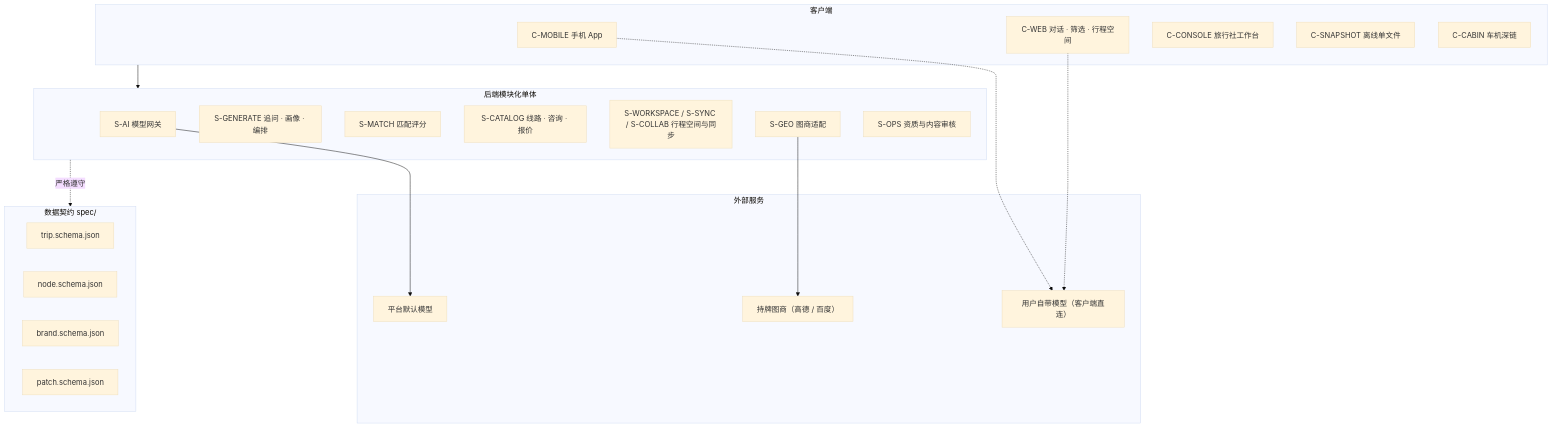
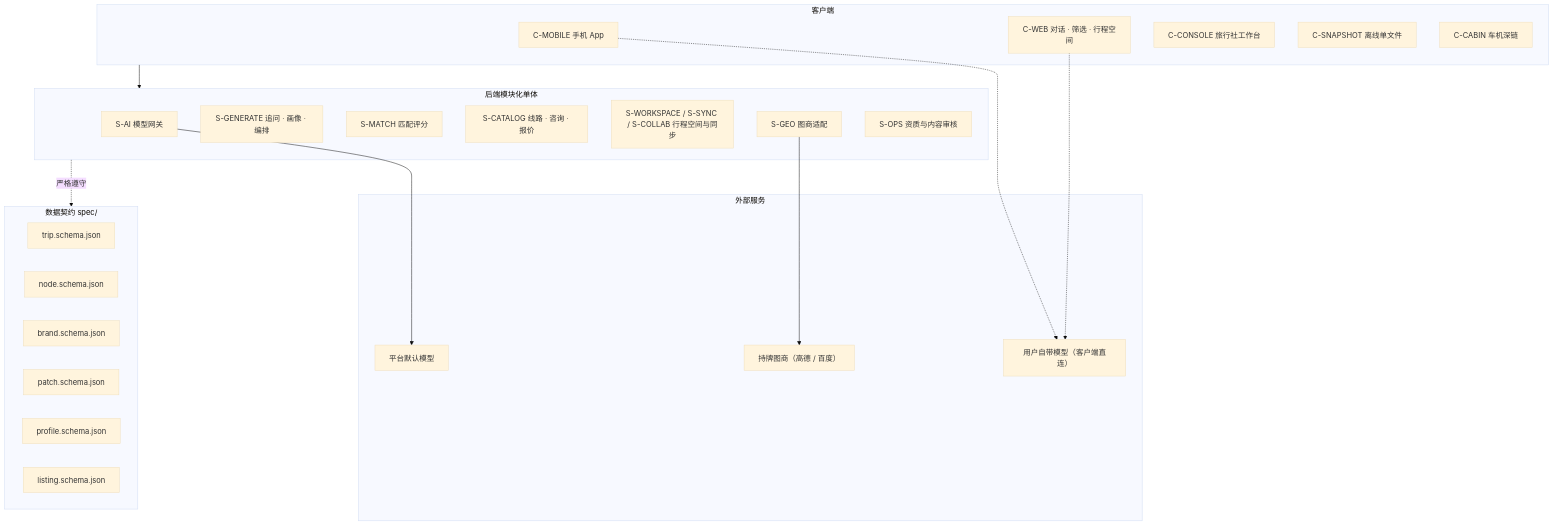
One commit to JohnMaxwell0123/TripCraft changed the second of 3 diagrams in README.md. Above: the diagram before and after it, drawn with Mermaid (base theme). The commit also changed other lines of this file and 18 other files, not shown here.

````diff
--- a/README.md
+++ b/README.md
@@ -124,39 +124,41 @@
 ```mermaid
 flowchart TB
     subgraph CLIENTS["客户端"]
         MOB["C-MOBILE 手机 App"]
         WEB["C-WEB 对话 · 筛选 · 行程空间"]
         CON["C-CONSOLE 旅行社工作台"]
         SNAP["C-SNAPSHOT 离线单文件"]
         CAB["C-CABIN 车机深链"]
     end
 
     subgraph CORE["后端模块化单体"]
         S_AI["S-AI 模型网关"]
         S_GEN["S-GENERATE 追问 · 画像 · 编排"]
         S_MATCH["S-MATCH 匹配评分"]
         S_CAT["S-CATALOG 线路 · 咨询 · 报价"]
         S_WS["S-WORKSPACE / S-SYNC / S-COLLAB 行程空间与同步"]
         S_GEO["S-GEO 图商适配"]
         S_OPS["S-OPS 资质与内容审核"]
     end
 
     subgraph SPEC["数据契约 spec/"]
         TRIP["trip.schema.json"]
         NODE["node.schema.json"]
         BRAND["brand.schema.json"]
         PATCH["patch.schema.json"]
+        PROFILE["profile.schema.json"]
+        LISTING["listing.schema.json"]
     end
 
     subgraph EXT["外部服务"]
         MAP["持牌图商（高德 / 百度）"]
         LLM["平台默认模型"]
         BYOK["用户自带模型（客户端直连）"]
     end
 
     CLIENTS --> CORE
     CORE -.->|严格遵守| SPEC
     S_GEO --> MAP
     S_AI --> LLM
     MOB & WEB -.-> BYOK
 ```
````
